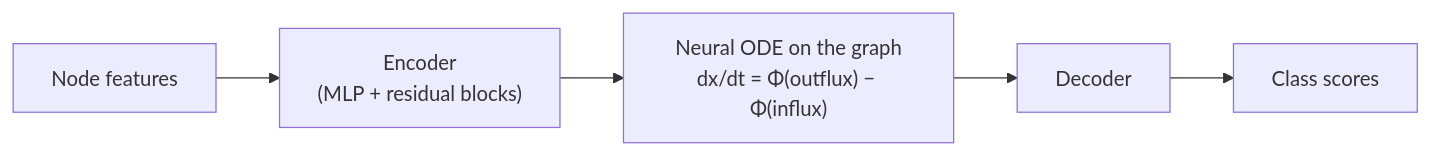
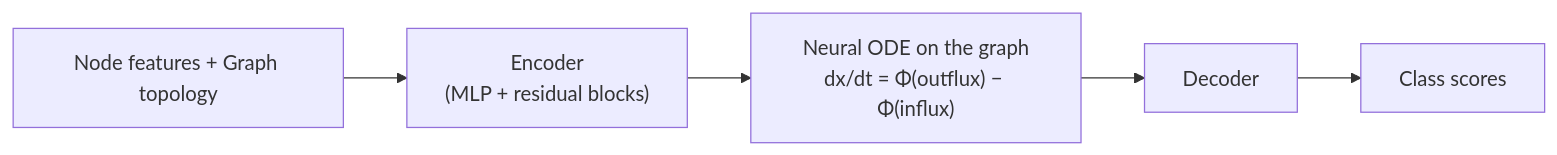
One commit to aGIToz/HbInOut changed the diagram in README.md. Above: the diagram before and after it, drawn with Mermaid. The commit also changed other lines of this file, not shown here.

````diff
--- a/README.md
+++ b/README.md
@@ -31,7 +31,7 @@
 ```mermaid
 flowchart LR
-    X["Node features"] --> E["Encoder<br/>(MLP + residual blocks)"]
+    X["Node features + Graph topology"] --> E["Encoder<br/>(MLP + residual blocks)"]
     E --> ODE["Neural ODE on the graph<br/>dx/dt = Φ(outflux) − Φ(influx)"]
     ODE --> D["Decoder"]
     D --> Y["Class scores"]
 ```
````
